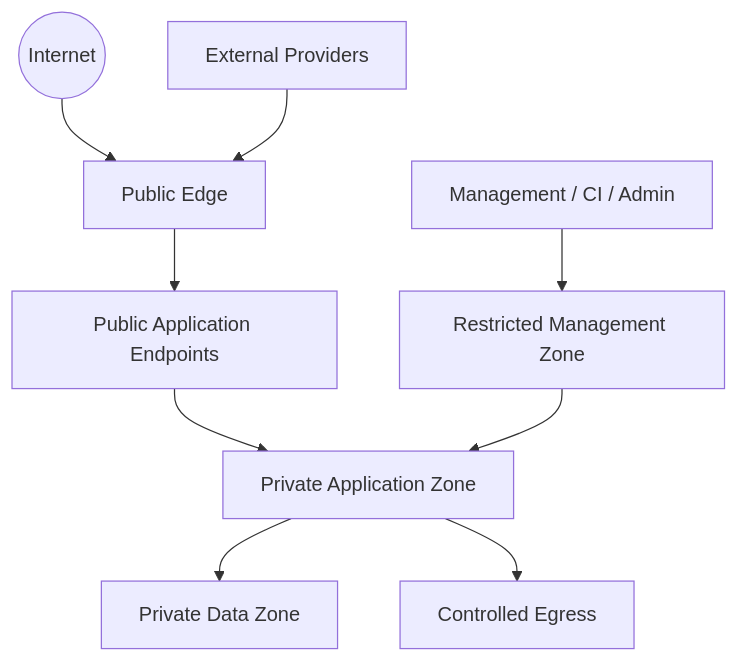
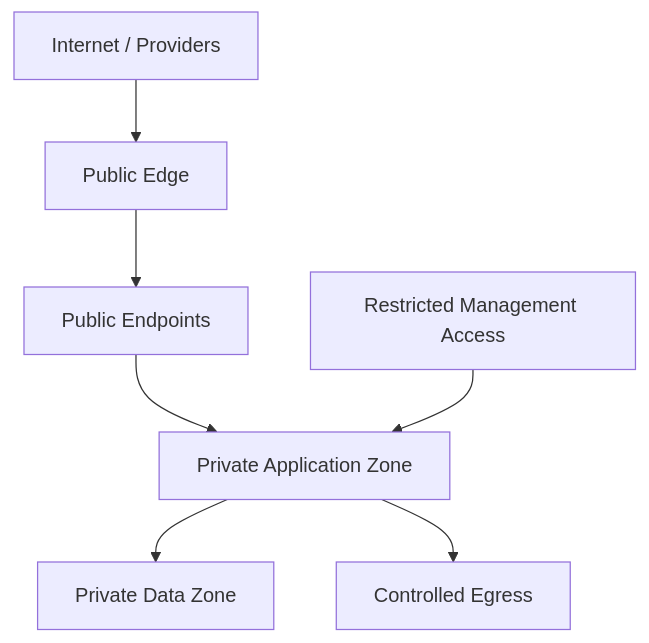
The first of 2 diagrams in docs/architecture/network-architecture.md (D-engahmed/OMILINKS), drawn with Mermaid before and after one commit. The commit also changed other lines of this file and 4 other files, not shown here.

Commit message:
docs: deepen architecture implementation blueprints

```diff
--- a/docs/architecture/network-architecture.md
+++ b/docs/architecture/network-architecture.md
@@ -7,11 +7,9 @@
 ~~~mermaid
 flowchart TB
-INTERNET((Internet)) --> EDGE[Public Edge]
-PROVIDER[External Providers] --> EDGE
-EDGE --> PUBLIC[Public Application Endpoints]
+INTERNET[Internet / Providers] --> EDGE[Public Edge]
+EDGE --> PUBLIC[Public Endpoints]
 PUBLIC --> APP[Private Application Zone]
 APP --> DATA[Private Data Zone]
 APP --> EGRESS[Controlled Egress]
-MGMT[Management / CI / Admin] --> MGMTEDGE[Restricted Management Zone]
-MGMTEDGE --> APP
+ADMIN[Restricted Management Access] --> APP
 ~~~
```
